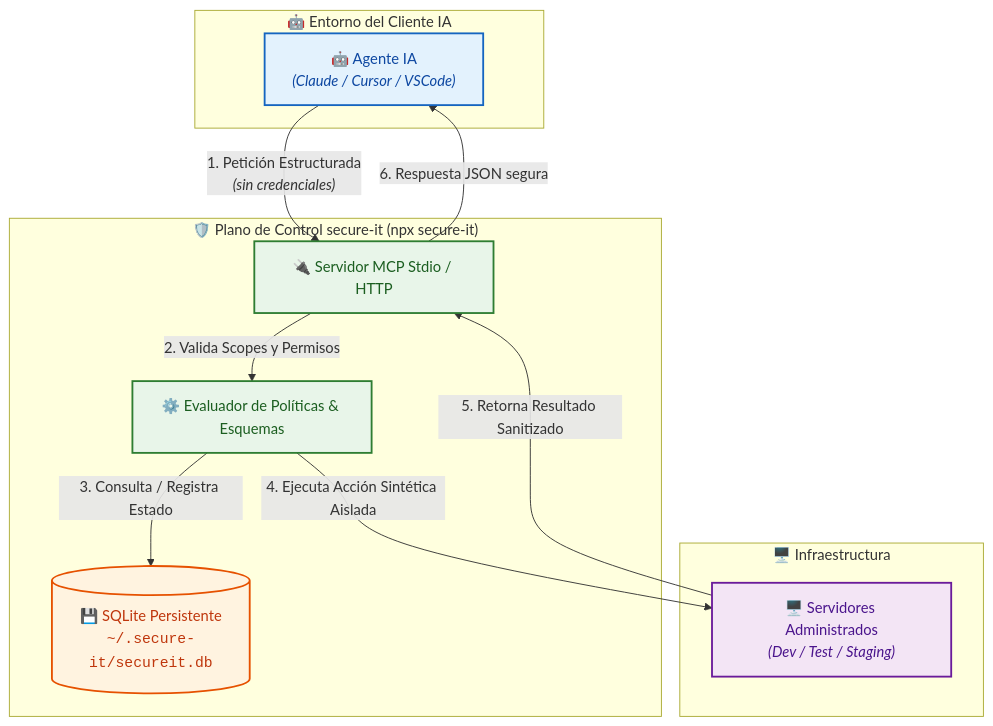
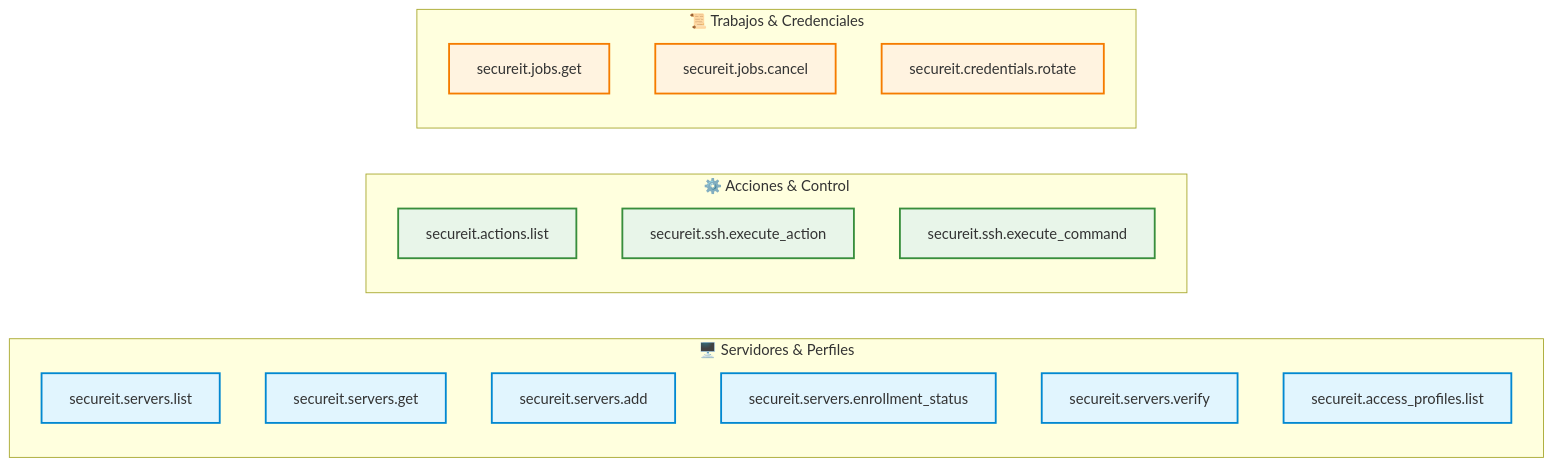
The second of 2 diagrams in README.md (elhumbertoz/secure-it), drawn with Mermaid before and after one commit. The commit also changed other lines of this file, not shown here.

Commit message:
docs: overhaul README with high-impact pitch, empathy, setup guide and architecture

````diff
--- a/README.md
+++ b/README.md
@@ -39,30 +140,27 @@
 ```mermaid
-flowchart TD
-    %% Estilos Visuales de Nodos
-    classDef client fill:#e3f2fd,stroke:#1565c0,stroke-width:2px,color:#0d47a1;
-    classDef secureIt fill:#e8f5e9,stroke:#2e7d32,stroke-width:2px,color:#1b5e20;
-    classDef storage fill:#fff3e0,stroke:#e65100,stroke-width:2px,color:#bf360c;
-    classDef target fill:#f3e5f5,stroke:#6a1b9a,stroke-width:2px,color:#4a148c;
+flowchart LR
+    classDef srv fill:#e1f5fe,stroke:#0288d1,stroke-width:2px;
+    classDef act fill:#e8f5e9,stroke:#388e3c,stroke-width:2px;
+    classDef job fill:#fff3e0,stroke:#f57c00,stroke-width:2px;
 
-    subgraph CLIENT[" 🤖 Entorno del Cliente IA "]
-        Agent["🤖 Agente IA<br/><i>(Claude / Cursor / VSCode)</i>"]:::client
+    subgraph SERVIDORES[" 🖥️ Servidores & Perfiles "]
+        S1["secureit.servers.list"]:::srv
+        S2["secureit.servers.get"]:::srv
+        S3["secureit.servers.add"]:::srv
+        S4["secureit.servers.enrollment_status"]:::srv
+        S5["secureit.servers.verify"]:::srv
+        S6["secureit.access_profiles.list"]:::srv
     end
 
-    subgraph PROXY[" 🛡️ Plano de Control secure-it (npx secure-it) "]
-        MCP["🔌 Servidor MCP Stdio / HTTP"]:::secureIt
-        Engine["⚙️ Evaluador de Políticas & Esquemas"]:::secureIt
-        DB[("💾 SQLite Persistente<br/><code>~/.secure-it/secureit.db</code>")]:::storage
+    subgraph ACCIONES[" ⚙️ Acciones & Control "]
+        A1["secureit.actions.list"]:::act
+        A2["secureit.ssh.execute_action"]:::act
+        A3["secureit.ssh.execute_command"]:::act
     end
 
-    subgraph INFRA[" 🖥️ Infraestructura "]
-        TargetServer["🖥️ Servidores Administrados<br/><i>(Dev / Test / Staging)</i>"]:::target
+    subgraph TRABAJOS[" 📜 Trabajos & Credenciales "]
+        J1["secureit.jobs.get"]:::job
+        J2["secureit.jobs.cancel"]:::job
+        J3["secureit.credentials.rotate"]:::job
     end
-
-    %% Flujos Interactivos
-    Agent -->|"1. Petición Estructurada<br/><i>(sin credenciales)</i>"| MCP
-    MCP -->|"2. Valida Scopes y Permisos"| Engine
-    Engine -->|"3. Consulta / Registra Estado"| DB
-    Engine -->|"4. Ejecuta Acción Sintética Aislada"| TargetServer
-    TargetServer -->|"5. Retorna Resultado Sanitizado"| MCP
-    MCP -->|"6. Respuesta JSON segura"| Agent
 ```
````
